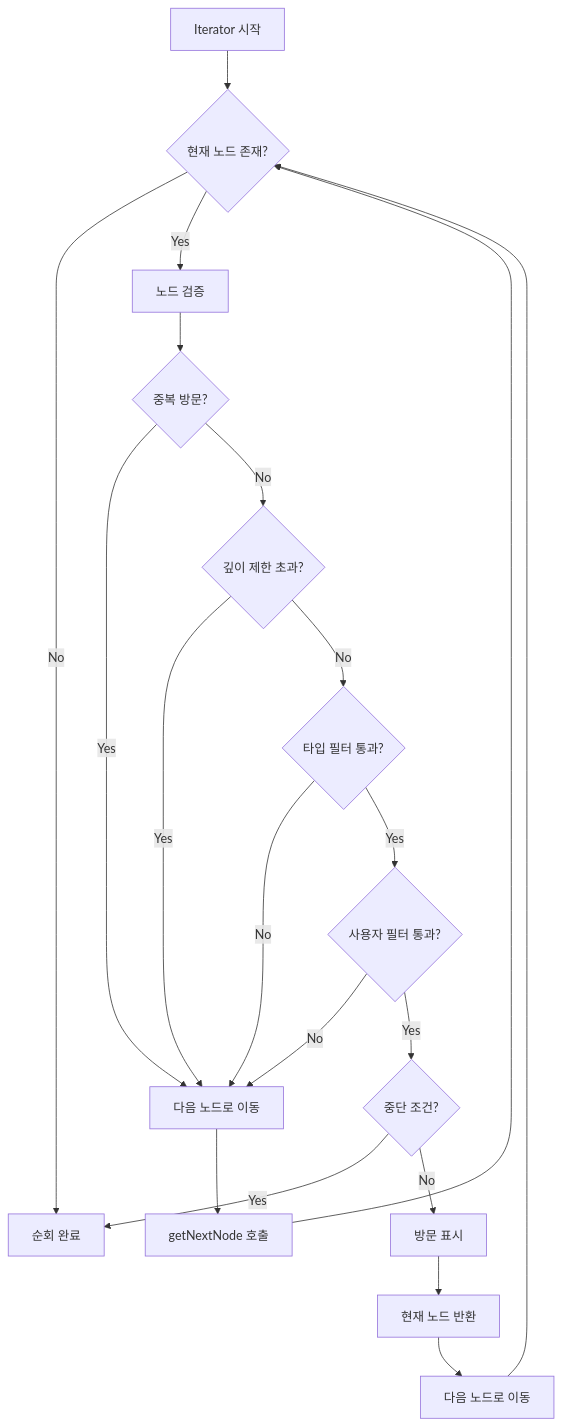
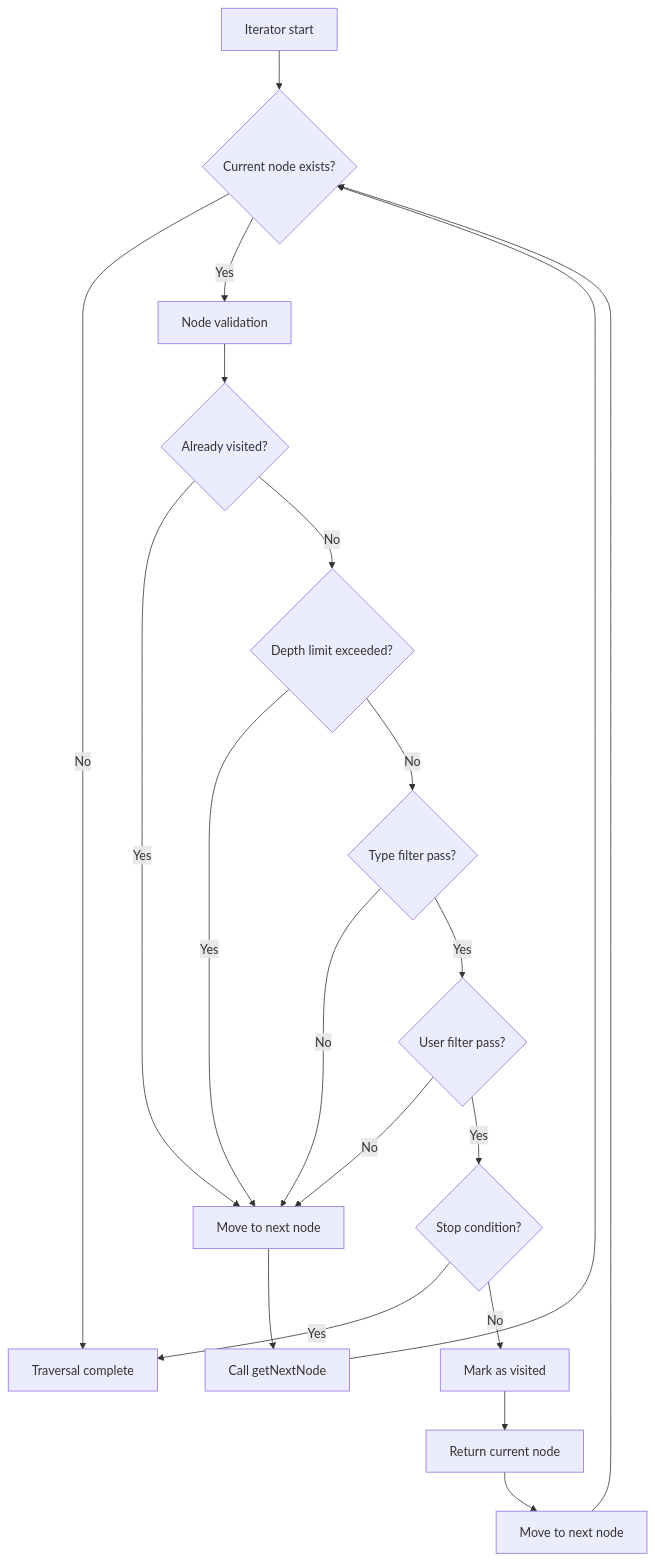
Before and after one commit to barocss/barocss-editor: the first of 7 diagrams in packages/datastore/docs/document-iterator-spec.md, drawn with Mermaid. The commit also changed other lines of this file and 147 other files, not shown here.

````diff
--- a/packages/datastore/docs/document-iterator-spec.md
+++ b/packages/datastore/docs/document-iterator-spec.md
@@ -77,22 +77,22 @@
 ```mermaid
 flowchart TD
-    A[Iterator 시작] --> B{현재 노드 존재?}
-    B -->|No| C[순회 완료]
-    B -->|Yes| D[노드 검증]
-    D --> E{중복 방문?}
-    E -->|Yes| F[다음 노드로 이동]
-    E -->|No| G{깊이 제한 초과?}
+    A[Iterator start] --> B{Current node exists?}
+    B -->|No| C[Traversal complete]
+    B -->|Yes| D[Node validation]
+    D --> E{Already visited?}
+    E -->|Yes| F[Move to next node]
+    E -->|No| G{Depth limit exceeded?}
     G -->|Yes| F
-    G -->|No| H{타입 필터 통과?}
+    G -->|No| H{Type filter pass?}
     H -->|No| F
-    H -->|Yes| I{사용자 필터 통과?}
+    H -->|Yes| I{User filter pass?}
     I -->|No| F
-    I -->|Yes| J{중단 조건?}
+    I -->|Yes| J{Stop condition?}
     J -->|Yes| C
-    J -->|No| K[방문 표시]
-    K --> L[현재 노드 반환]
-    L --> M[다음 노드로 이동]
+    J -->|No| K[Mark as visited]
+    K --> L[Return current node]
+    L --> M[Move to next node]
     M --> B
-    F --> N[getNextNode 호출]
+    F --> N[Call getNextNode]
     N --> B
 ```
````
